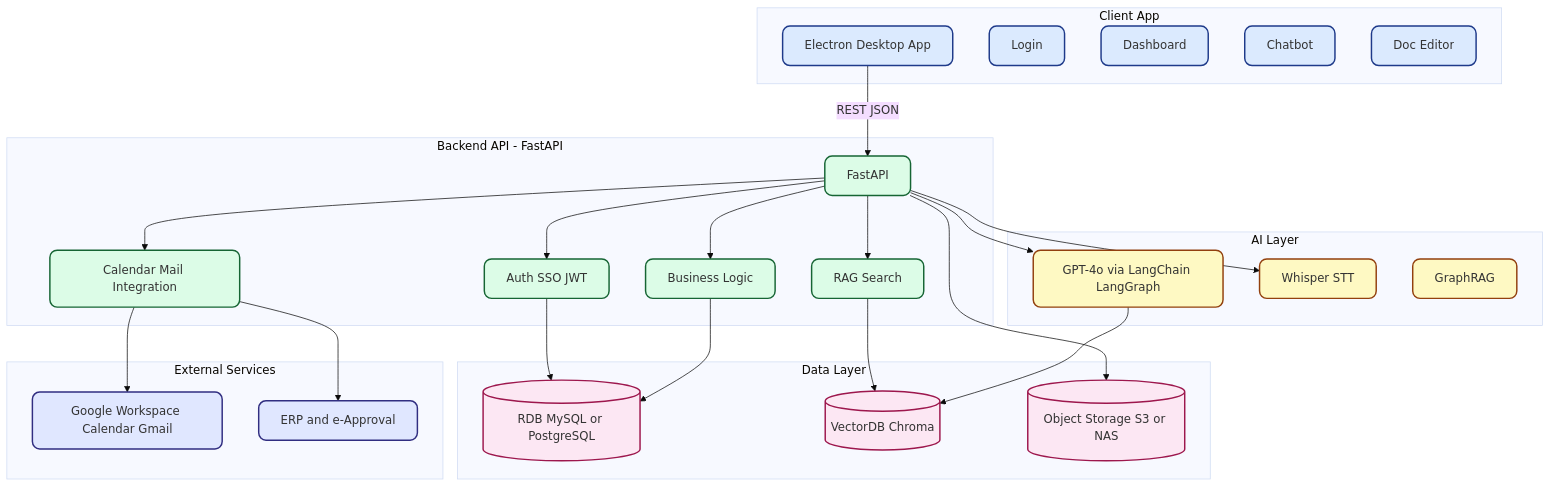
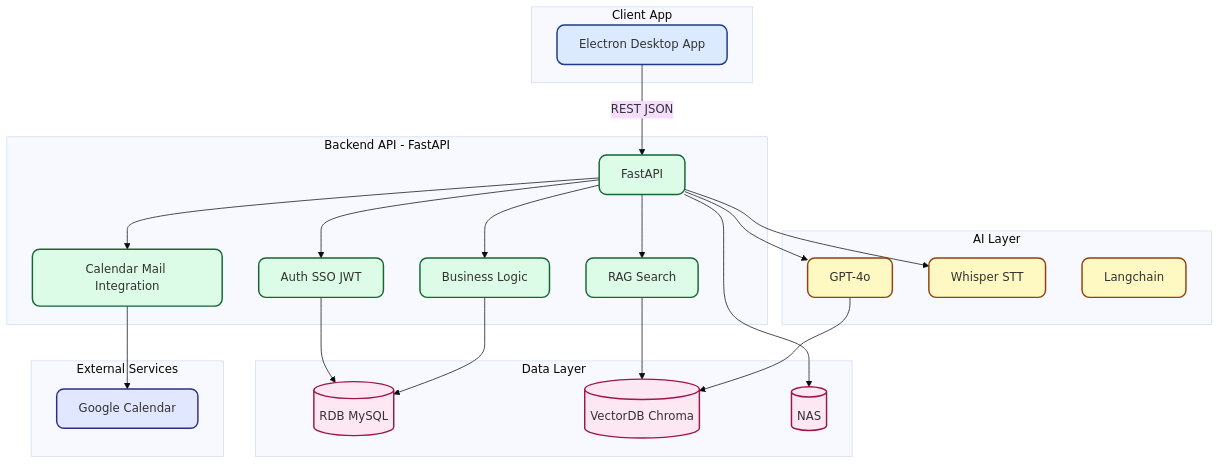
One commit to SKNETWORKS-FAMILY-AICAMP/SKN13-FINAL-1TEAM changed the diagram in 산출물/기타 자료/CLIKCA_system_architecture.md. Above: the diagram before and after it, drawn with Mermaid (base theme). The commit also changed 3 other files, not shown here.

````diff
--- a/산출물/기타 자료/CLIKCA_system_architecture.md
+++ b/산출물/기타 자료/CLIKCA_system_architecture.md
@@ -1,66 +1,61 @@
 ```mermaid
 flowchart TB
   %% --- 노드 정의 ---
   subgraph Client["Client App"]
     A["Electron Desktop App"]
-    A1["Login"]
-    A2["Dashboard"]
-    A3["Chatbot"]
-    A4["Doc Editor"]
   end
 
   subgraph API["Backend API - FastAPI"]
     B["FastAPI"]
     B1["Auth SSO JWT"]
     B2["Business Logic"]
     B3["RAG Search"]
     B4["Calendar Mail Integration"]
   end
 
   subgraph AI["AI Layer"]
-    C1["GPT-4o via LangChain LangGraph"]
+    C1["GPT-4o"]
     C2["Whisper STT"]
-    C3["GraphRAG"]
+    C3["Langchain"]
   end
 
   subgraph Data["Data Layer"]
-    D1[("RDB MySQL or PostgreSQL")]
+    D1[("RDB MySQL")]
     D2[("VectorDB Chroma")]
-    D3[("Object Storage S3 or NAS")]
+    D3[("NAS")]
   end
 
   subgraph External["External Services"]
-    E1["Google Workspace Calendar Gmail"]
-    E2["ERP and e-Approval"]
+    E1["Google Calendar"]
   end
 
   %% --- 연결 ---
   A -->|REST JSON| B
   B --> B1
   B --> B2
   B --> B3
   B --> B4
   B1 --> D1
   B2 --> D1
   B3 --> D2
   B --> D3
   B --> C1
   B --> C2
   C1 --> D2
   B4 --> E1
-  B4 --> E2
+ 
 
   %% --- 스타일 정의 ---
   classDef client fill:#DBEAFE,stroke:#1E3A8A,stroke-width:2px,rx:10px,ry:10px
   classDef backend fill:#DCFCE7,stroke:#166534,stroke-width:2px,rx:10px,ry:10px
   classDef ai fill:#FEF9C3,stroke:#92400E,stroke-width:2px,rx:10px,ry:10px
   classDef data fill:#FCE7F3,stroke:#9D174D,stroke-width:2px,rx:10px,ry:10px
   classDef external fill:#E0E7FF,stroke:#312E81,stroke-width:2px,rx:10px,ry:10px
 
   %% --- 클래스 적용 ---
   class A,A1,A2,A3,A4 client
   class B,B1,B2,B3,B4 backend
   class C1,C2,C3 ai
   class D1,D2,D3 data
   class E1,E2 external
 ```
````
